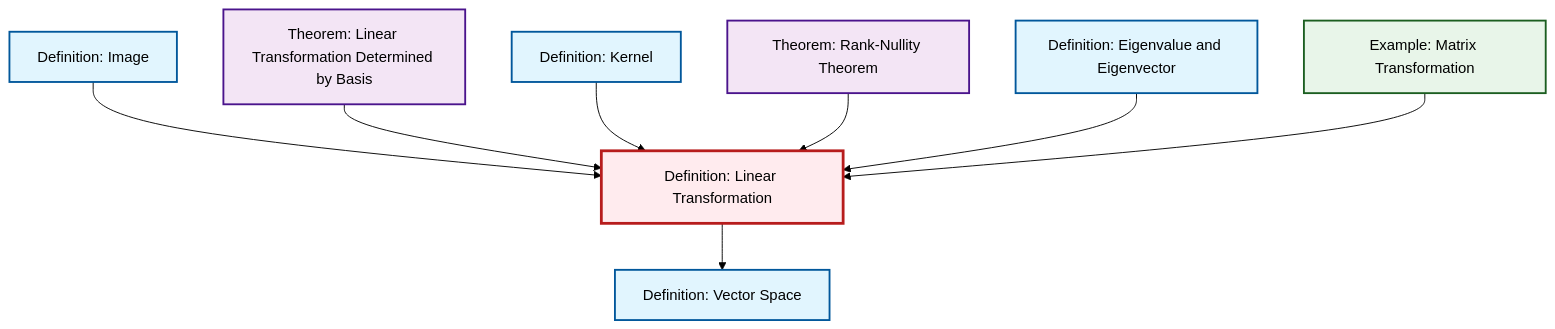
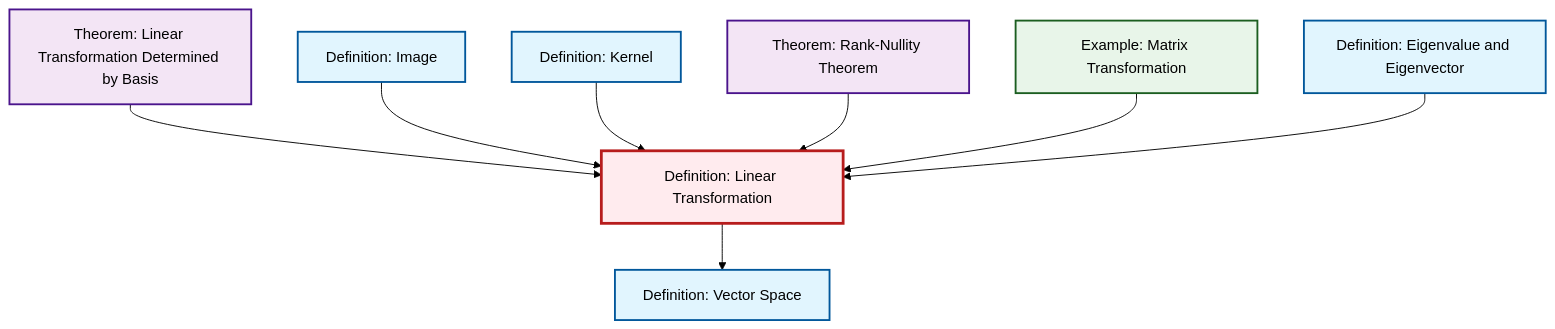
One commit to RK0429/ModernMath changed the diagram in content/ja/algebra/def-linear-transformation.qmd. Above: the diagram before and after it, drawn with Mermaid (forest theme). The commit also changed other lines of this file and 417 other files, not shown here.

````diff
--- a/content/ja/algebra/def-linear-transformation.qmd
+++ b/content/ja/algebra/def-linear-transformation.qmd
@@ -46,32 +46,32 @@
 ```{mermaid}
 %%| fig-cap: "Local dependency graph"
 graph TD
     classDef definition fill:#e1f5fe,stroke:#01579b,stroke-width:2px
     classDef theorem fill:#f3e5f5,stroke:#4a148c,stroke-width:2px
     classDef axiom fill:#fff3e0,stroke:#e65100,stroke-width:2px
     classDef example fill:#e8f5e9,stroke:#1b5e20,stroke-width:2px
     classDef current fill:#ffebee,stroke:#b71c1c,stroke-width:3px
+    def-kernel["Definition: Kernel"]:::definition
+    def-vector-space["Definition: Vector Space"]:::definition
+    ex-matrix-transformation["Example: Matrix Transformation"]:::example
     thm-rank-nullity["Theorem: Rank-Nullity Theorem"]:::theorem
-    def-kernel["Definition: Kernel"]:::definition
+    def-image["Definition: Image"]:::definition
+    def-linear-transformation["Definition: Linear Transformation"]:::definition
     def-eigenvalue-eigenvector["Definition: Eigenvalue and Eigenvector"]:::definition
     thm-linear-transformation-basis["Theorem: Linear Transformation Determined by Basis"]:::theorem
-    ex-matrix-transformation["Example: Matrix Transformation"]:::example
-    def-image["Definition: Image"]:::definition
-    def-vector-space["Definition: Vector Space"]:::definition
-    def-linear-transformation["Definition: Linear Transformation"]:::definition
     def-linear-transformation --> def-vector-space
+    thm-linear-transformation-basis --> def-linear-transformation
     def-image --> def-linear-transformation
-    thm-linear-transformation-basis --> def-linear-transformation
     def-kernel --> def-linear-transformation
     thm-rank-nullity --> def-linear-transformation
+    ex-matrix-transformation --> def-linear-transformation
     def-eigenvalue-eigenvector --> def-linear-transformation
-    ex-matrix-transformation --> def-linear-transformation
     class def-linear-transformation current
+    click def-kernel "def-kernel.html" "Definition: Kernelへ"
+    click def-vector-space "def-vector-space.html" "Definition: Vector Spaceへ"
+    click ex-matrix-transformation "ex-matrix-transformation.html" "Example: Matrix Transformationへ"
     click thm-rank-nullity "thm-rank-nullity.html" "Theorem: Rank-Nullity Theoremへ"
-    click def-kernel "def-kernel.html" "Definition: Kernelへ"
+    click def-image "def-image.html" "Definition: Imageへ"
     click def-eigenvalue-eigenvector "def-eigenvalue-eigenvector.html" "Definition: Eigenvalue and Eigenvectorへ"
     click thm-linear-transformation-basis "thm-linear-transformation-basis.html" "Theorem: Linear Transformation Determined by Basisへ"
-    click ex-matrix-transformation "ex-matrix-transformation.html" "Example: Matrix Transformationへ"
-    click def-image "def-image.html" "Definition: Imageへ"
-    click def-vector-space "def-vector-space.html" "Definition: Vector Spaceへ"
 ```
````
